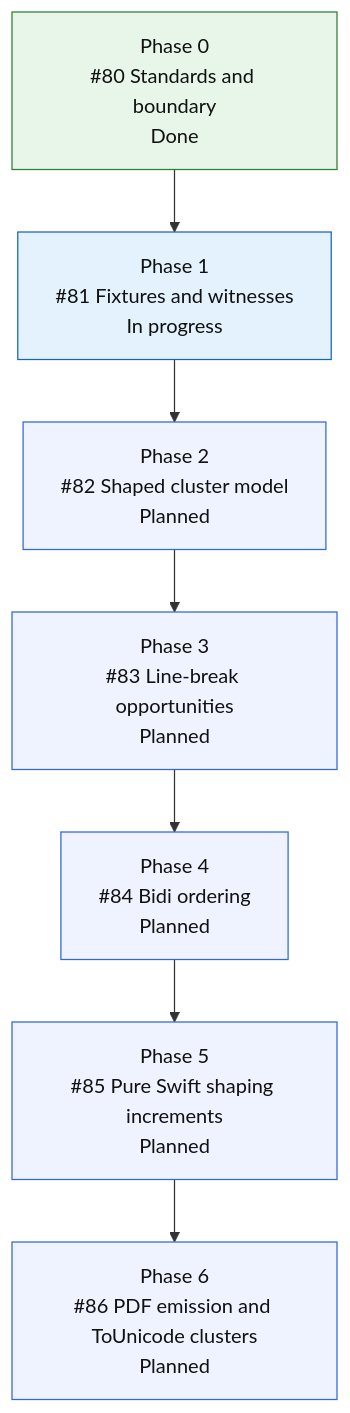
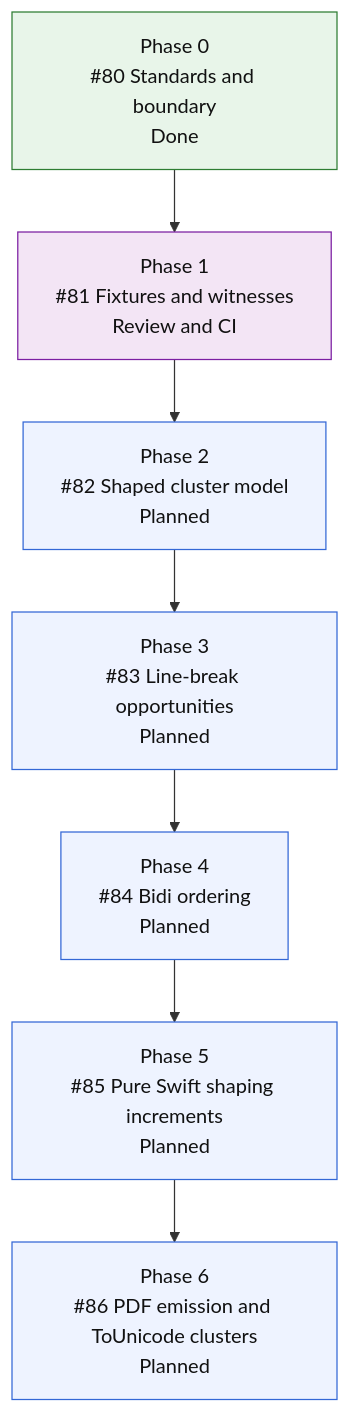
The fourth of 4 diagrams in README.md (mihaelamj/MarkdownPDF), drawn with Mermaid before and after one commit. The commit also changed 2 other files, not shown here.

Commit message:
docs(roadmap): mark complex script fixture policy in review

````diff
--- a/README.md
+++ b/README.md
@@ -300,21 +300,21 @@
 ```mermaid
 flowchart TD
     S0["Phase 0<br/>#80 Standards and boundary<br/>Done"]
-    S1["Phase 1<br/>#81 Fixtures and witnesses<br/>In progress"]
+    S1["Phase 1<br/>#81 Fixtures and witnesses<br/>Review and CI"]
     S2["Phase 2<br/>#82 Shaped cluster model<br/>Planned"]
     S3["Phase 3<br/>#83 Line-break opportunities<br/>Planned"]
     S4["Phase 4<br/>#84 Bidi ordering<br/>Planned"]
     S5["Phase 5<br/>#85 Pure Swift shaping increments<br/>Planned"]
     S6["Phase 6<br/>#86 PDF emission and ToUnicode clusters<br/>Planned"]
 
     S0 --> S1 --> S2 --> S3 --> S4 --> S5 --> S6
 
     classDef done fill:#e8f5e9,stroke:#2e7d32,color:#111;
     classDef active fill:#e3f2fd,stroke:#1565c0,color:#111;
     classDef review fill:#f3e5f5,stroke:#7b1fa2,color:#111;
     classDef next fill:#fff8e1,stroke:#f9a825,color:#111;
     classDef todo fill:#eef3ff,stroke:#3367d6,color:#111;
     class S0 done;
-    class S1 active;
+    class S1 review;
     class S2,S3,S4,S5,S6 todo;
 ```
````
